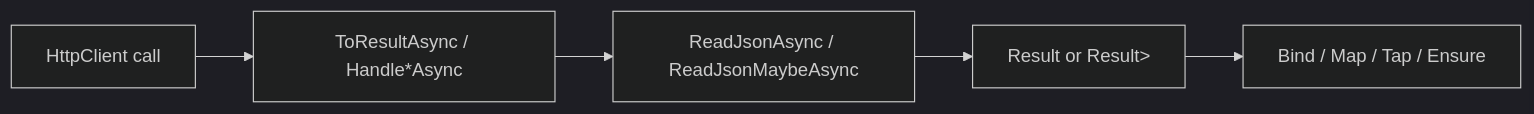
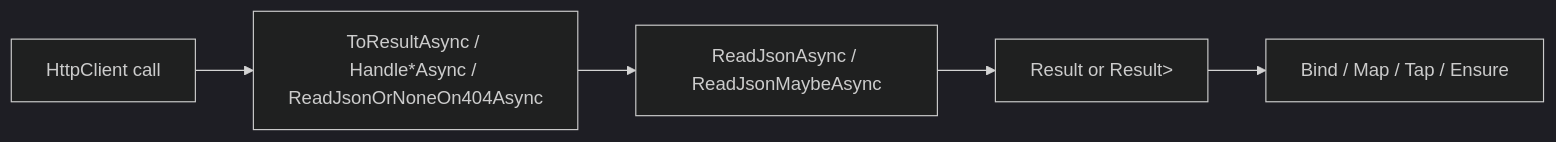
Before and after one commit to xavierjohn/Trellis: the diagram in docs/docfx_project/articles/integration-http.md, drawn with Mermaid (dark theme). The commit also changed other lines of this file and 45 other files, not shown here.

````diff
--- a/docs/docfx_project/articles/integration-http.md
+++ b/docs/docfx_project/articles/integration-http.md
@@ -20,7 +20,7 @@
 ```mermaid
 flowchart LR
-    A[HttpClient call] --> B[ToResultAsync / Handle*Async]
+    A[HttpClient call] --> B[ToResultAsync / Handle*Async / ReadJsonOrNoneOn404Async]
     B --> C[ReadJsonAsync / ReadJsonMaybeAsync]
     C --> D[Result<T> or Result<Maybe<T>>]
     D --> E[Bind / Map / Tap / Ensure]
 ```
````
